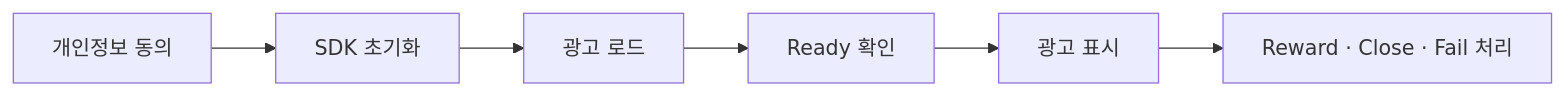
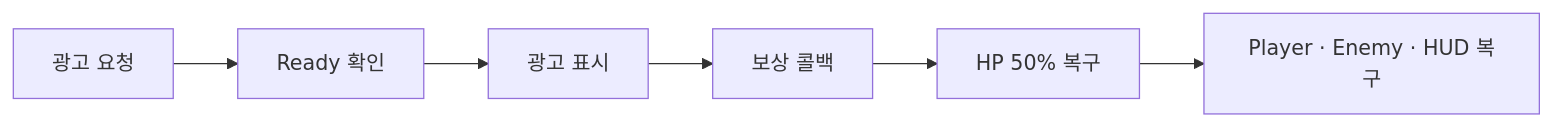
One commit to oppa073-hub/Animal-Ball-Fighter-Portfolio changed the eighth of 11 diagrams in README.md. Above: the diagram before and after it, drawn with Mermaid. The commit also changed other lines of this file and 782 other files, not shown here.

````diff
--- a/README.md
+++ b/README.md
@@ -210,8 +314,8 @@
 ```mermaid
 flowchart LR
-    A[개인정보 동의] --> B[SDK 초기화]
-    B --> C[광고 로드]
-    C --> D[Ready 확인]
-    D --> E[광고 표시]
-    E --> F[Reward · Close · Fail 처리]
+    A[광고 요청] --> B[Ready 확인]
+    B --> C[광고 표시]
+    C --> D[보상 콜백]
+    D --> E[HP 50% 복구]
+    E --> F[Player · Enemy · HUD 복구]
 ```
````
